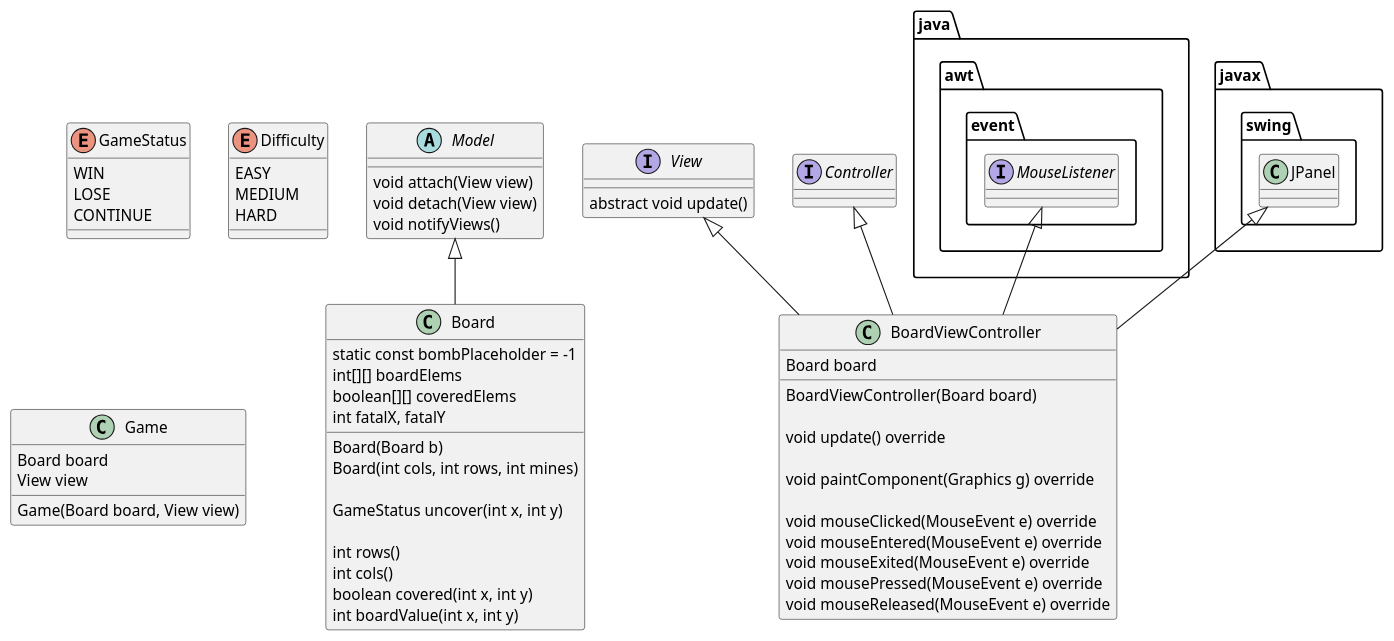
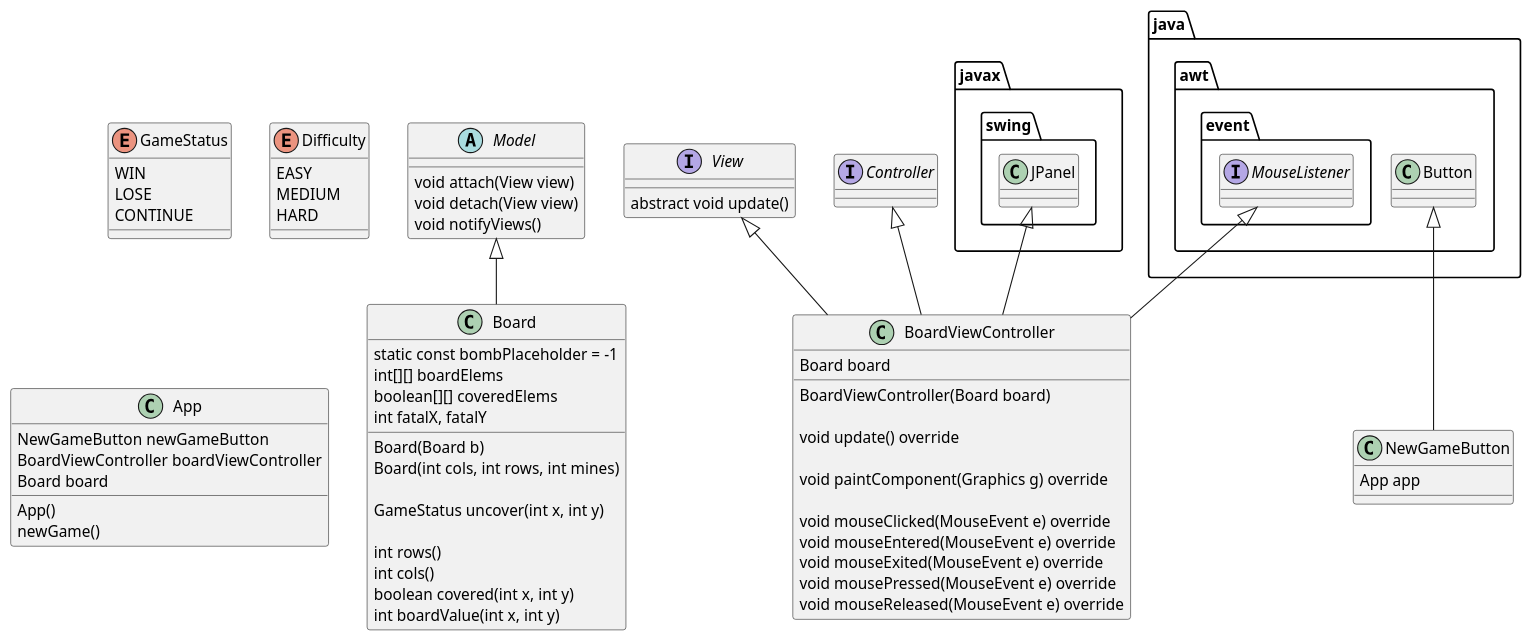
One commit to MarkMizzi/minesweeper changed the diagram in design/minesweeper.plantuml. Above: the diagram before and after it, drawn with PlantUML. The commit also changed 1 other file, not shown here.

Commit message:
[task2] changed design to include App class.
The App class contains derived instances of Board, View and Controller.
This is less extensible than a generic container, but simpler for now.

```diff
--- a/design/minesweeper.plantuml
+++ b/design/minesweeper.plantuml
@@ -1,77 +1,84 @@
 @startuml
 
 abstract class Model {
     void attach(View view)
     void detach(View view)
     void notifyViews()
 }
 
 class Board {
 
     static const bombPlaceholder = -1
     int[][] boardElems
     boolean[][] coveredElems
     int fatalX, fatalY
 
     Board(Board b)
     Board(int cols, int rows, int mines)
 
     GameStatus uncover(int x, int y)
 
     int rows()
     int cols()
     boolean covered(int x, int y)
     int boardValue(int x, int y)
 }
 
 enum GameStatus {
     WIN
     LOSE
     CONTINUE
 }
 
 enum Difficulty {
     EASY
     MEDIUM
     HARD
 }
 
 class BoardViewController {
     Board board
 
     BoardViewController(Board board)
 
     void update() override
 
     void paintComponent(Graphics g) override
 
     void mouseClicked(MouseEvent e) override
     void mouseEntered(MouseEvent e) override
     void mouseExited(MouseEvent e) override
     void mousePressed(MouseEvent e) override
     void mouseReleased(MouseEvent e) override
 }
 
 interface View {
     abstract void update()
 }
 
-class Game {
+class NewGameButton {
+    App app
+}
+
+class App {
+    NewGameButton newGameButton
+    BoardViewController boardViewController
     Board board
-    View view
 
-    Game(Board board, View view)
+    App()
+    newGame()
 }
 
 interface java.awt.event.MouseListener
 class javax.swing.JPanel
 
 interface Controller
 
 Model <|-- Board
 Controller <|-- BoardViewController
 View <|-- BoardViewController
 java.awt.event.MouseListener <|-- BoardViewController
 javax.swing.JPanel <|-- BoardViewController
+java.awt.Button <|-- NewGameButton
 
 @enduml
```
